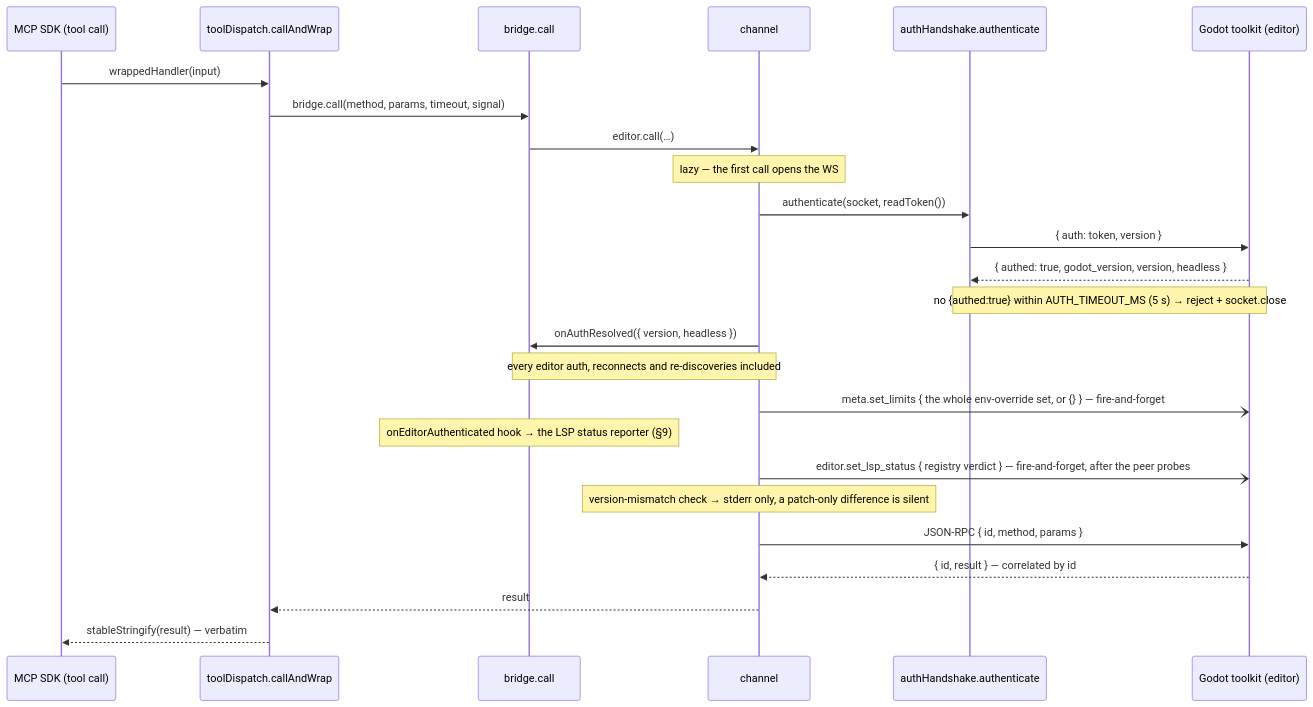
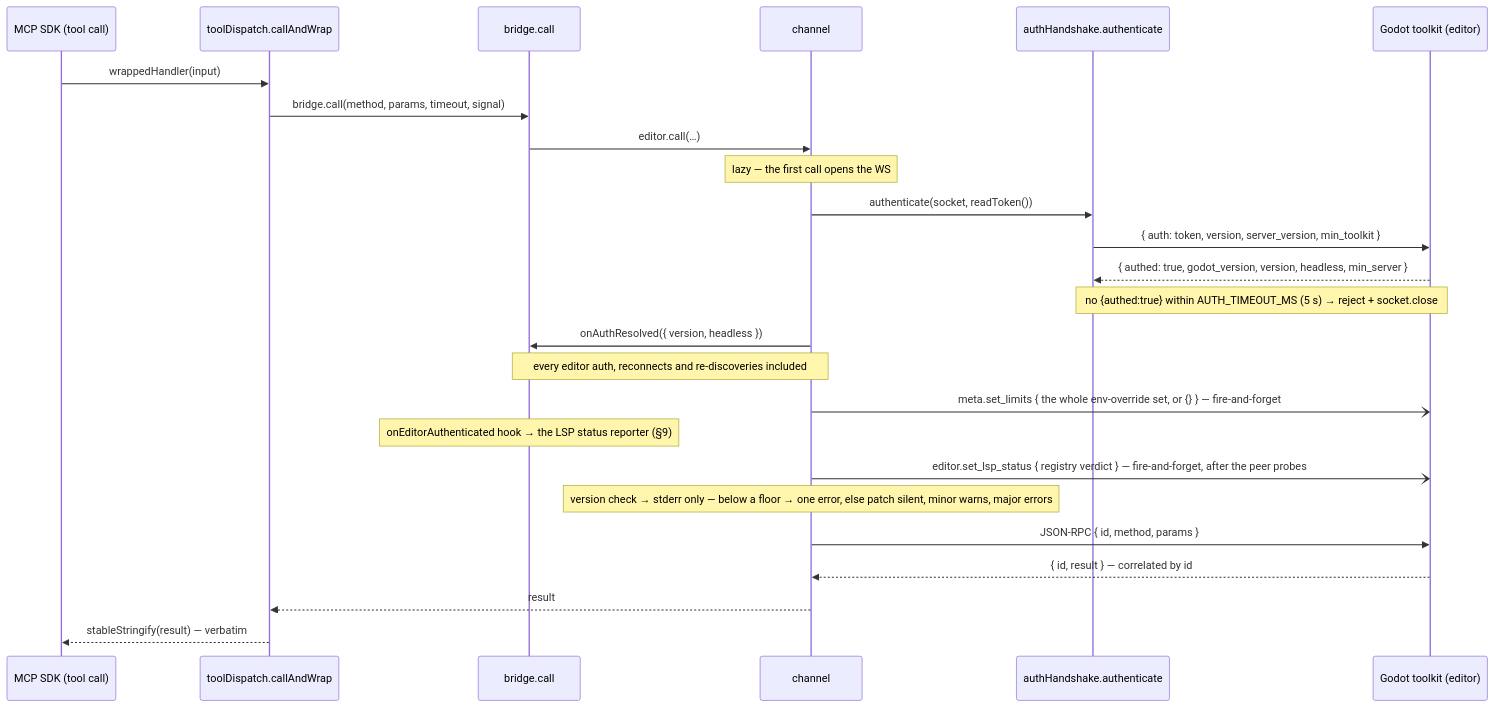
Before and after one commit to NPGameDev/godot-mcp-server: the fourth of 13 diagrams in docs/architecture/README.md, drawn with Mermaid. The commit also changed other lines of this file and 10 other files, not shown here.

First line of the commit message:
feat(server): declare a toolkit floor and report a below-floor peer

````diff
--- a/docs/architecture/README.md
+++ b/docs/architecture/README.md
@@ -281,27 +281,27 @@
 ```mermaid
 sequenceDiagram
     participant SDK as MCP SDK (tool call)
     participant D as toolDispatch.callAndWrap
     participant B as bridge.call
     participant Ch as channel
     participant A as authHandshake.authenticate
     participant TK as Godot toolkit (editor)
     SDK->>D: wrappedHandler(input)
     D->>B: bridge.call(method, params, timeout, signal)
     B->>Ch: editor.call(…)
     Note over Ch: lazy — the first call opens the WS
     Ch->>A: authenticate(socket, readToken())
-    A->>TK: { auth: token, version }
-    TK-->>A: { authed: true, godot_version, version, headless }
+    A->>TK: { auth: token, version, server_version, min_toolkit }
+    TK-->>A: { authed: true, godot_version, version, headless, min_server }
     Note over A,TK: no {authed:true} within AUTH_TIMEOUT_MS (5 s) → reject + socket.close
     Ch->>B: onAuthResolved({ version, headless })
     Note over B,Ch: every editor auth, reconnects and re-discoveries included
     Ch-)TK: meta.set_limits { the whole env-override set, or {} } — fire-and-forget
     Note over B: onEditorAuthenticated hook → the LSP status reporter (§9)
     Ch-)TK: editor.set_lsp_status { registry verdict } — fire-and-forget, after the peer probes
-    Note over Ch: version-mismatch check → stderr only, a patch-only difference is silent
+    Note over Ch: version check → stderr only — below a floor → one error, else patch silent, minor warns, major errors
     Ch->>TK: JSON-RPC { id, method, params }
     TK-->>Ch: { id, result } — correlated by id
     Ch-->>D: result
     D-->>SDK: stableStringify(result) — verbatim
 ```
````
